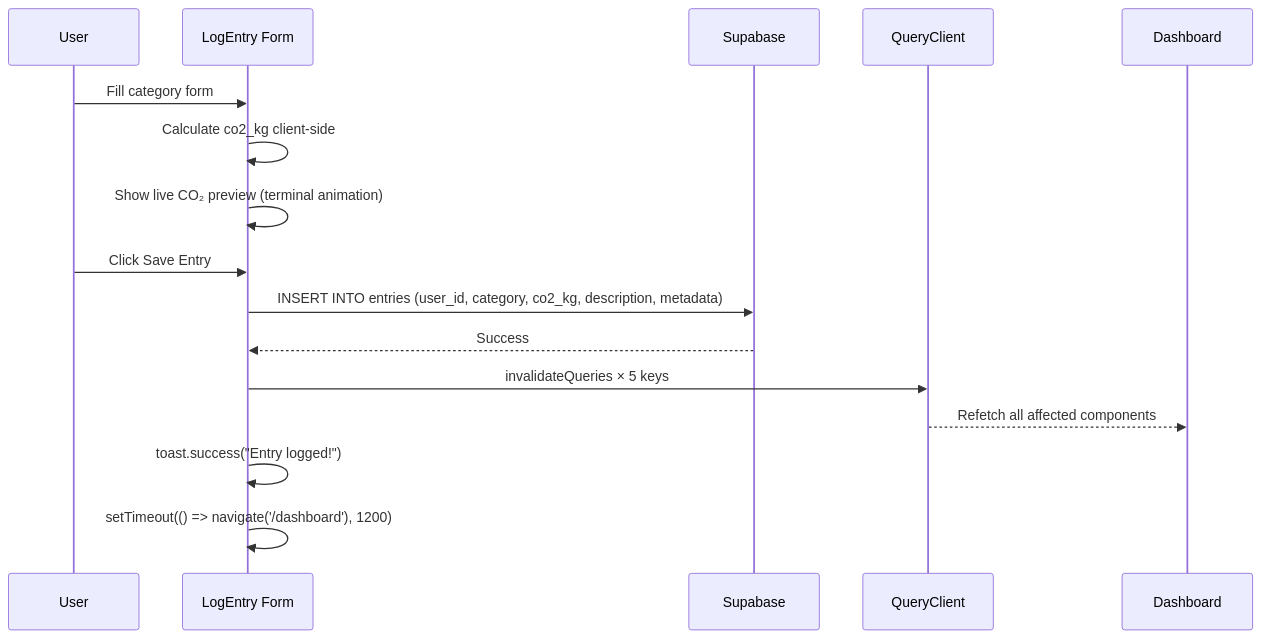
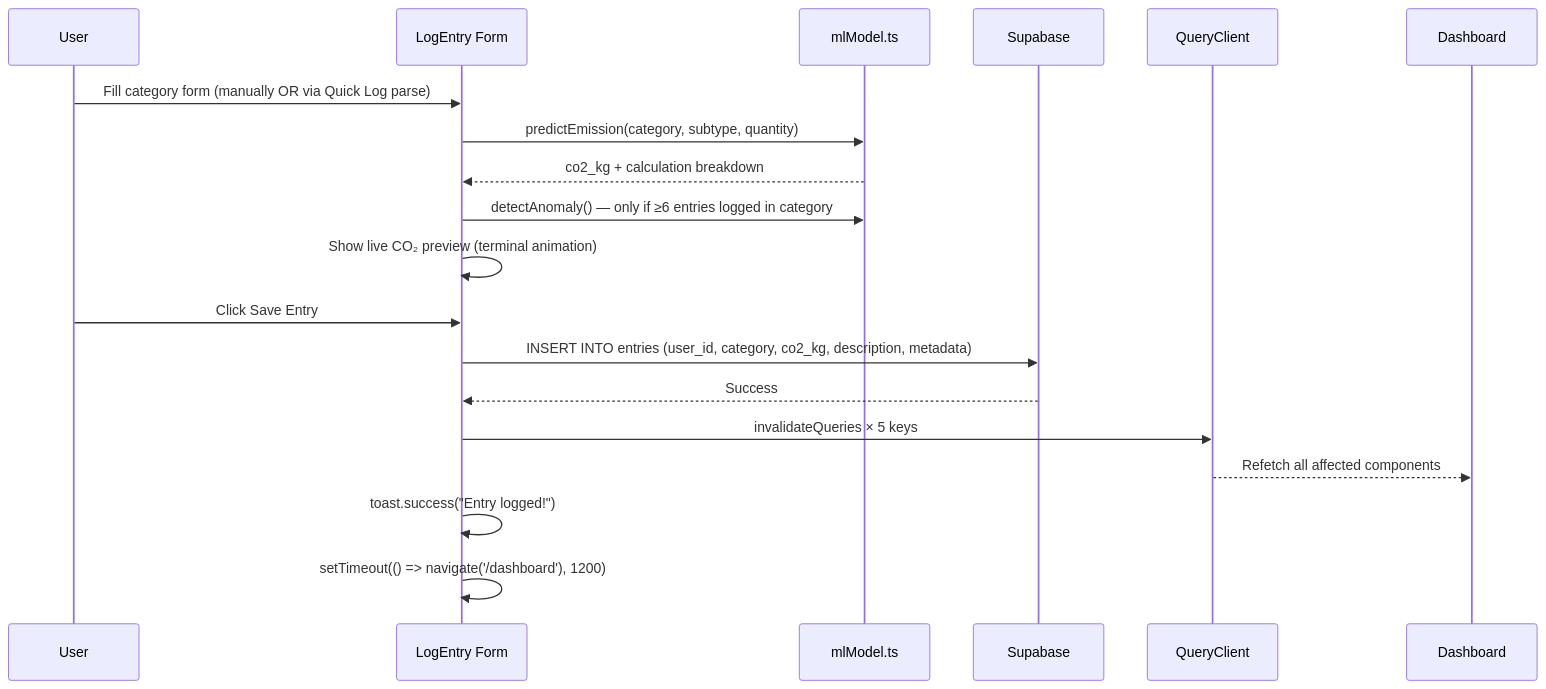
One commit to Pawanrudupa/carbon-zen-flow changed the sixth of 9 diagrams in README.md. Above: the diagram before and after it, drawn with Mermaid. The commit also changed other lines of this file, not shown here.

First line of the commit message:
Revise README for ML model and feature updates

````diff
--- a/README.md
+++ b/README.md
@@ -574,19 +631,22 @@
 ```mermaid
 sequenceDiagram
     participant U as User
     participant LF as LogEntry Form
+    participant ML as mlModel.ts
     participant SB as Supabase
     participant QC as QueryClient
     participant DASH as Dashboard
 
-    U->>LF: Fill category form
-    LF->>LF: Calculate co2_kg client-side
+    U->>LF: Fill category form (manually OR via Quick Log parse)
+    LF->>ML: predictEmission(category, subtype, quantity)
+    ML-->>LF: co2_kg + calculation breakdown
+    LF->>ML: detectAnomaly() — only if ≥6 entries logged in category
     LF->>LF: Show live CO₂ preview (terminal animation)
     U->>LF: Click Save Entry
     LF->>SB: INSERT INTO entries (user_id, category, co2_kg, description, metadata)
     SB-->>LF: Success
     LF->>QC: invalidateQueries × 5 keys
     QC-->>DASH: Refetch all affected components
     LF->>LF: toast.success("Entry logged!")
     LF->>LF: setTimeout(() => navigate('/dashboard'), 1200)
 ```
````
